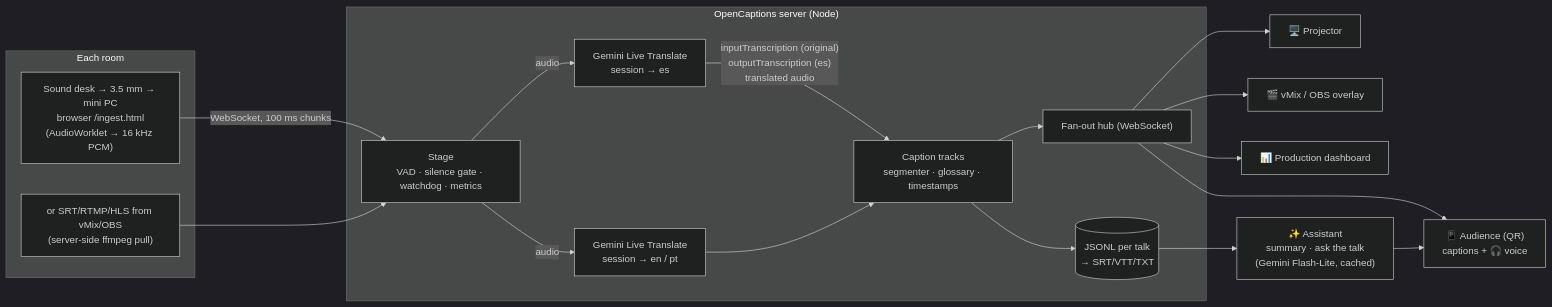
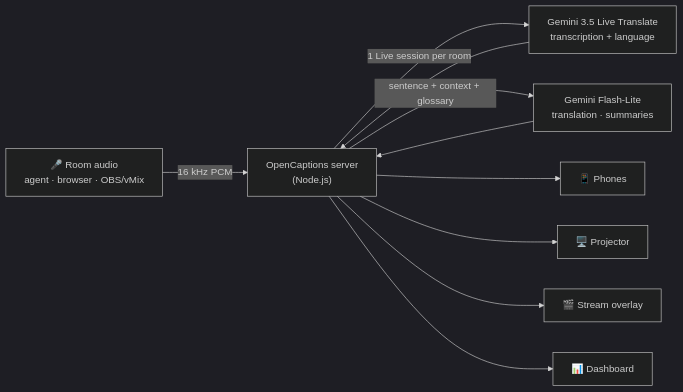
The diagram in README.md (carraroesteban/opencaptions), drawn with Mermaid (dark theme) before and after one commit. The commit also changed other lines of this file and 20 other files, not shown here.

Commit message:
Swapcard agenda, new README, setup wizard, bilingual overlay, app icon, floating captions

````diff
--- a/README.md
+++ b/README.md
@@ -118,24 +151,12 @@
 ```mermaid
 flowchart LR
-  subgraph Stage["Each room"]
-    MIC["Sound desk → 3.5 mm → mini PC<br/>browser /ingest.html<br/>(AudioWorklet → 16 kHz PCM)"]
-    PULL["or SRT/RTMP/HLS from vMix/OBS<br/>(server-side ffmpeg pull)"]
-  end
-  MIC -- "WebSocket, 100 ms chunks" --> ST
-  PULL --> ST
-  subgraph Server["OpenCaptions server (Node)"]
-    ST["Stage<br/>VAD · silence gate · watchdog · metrics"]
-    ST -- "audio" --> G1["Gemini Live Translate<br/>session → es"]
-    ST -- "audio" --> G2["Gemini Live Translate<br/>session → en / pt"]
-    G1 -- "inputTranscription (original)<br/>outputTranscription (es)<br/>translated audio" --> CT["Caption tracks<br/>segmenter · glossary · timestamps"]
-    G2 --> CT
-    CT --> STORE[("JSONL per talk<br/>→ SRT/VTT/TXT")]
-    CT --> HUB["Fan-out hub (WebSocket)"]
-  end
-  HUB --> PHONE["📱 Audience (QR)<br/>captions + 🎧 voice"]
-  HUB --> SCREEN["🖥️ Projector"]
-  HUB --> OVL["🎬 vMix / OBS overlay"]
-  HUB --> ADMIN["📊 Production dashboard"]
-  STORE --> AS["✨ Assistant<br/>summary · ask the talk<br/>(Gemini Flash-Lite, cached)"]
-  AS --> PHONE
+  A["🎤 Room audio<br/>agent · browser · OBS/vMix"] -->|16 kHz PCM| S["OpenCaptions server<br/>(Node.js)"]
+  S -->|"1 Live session per room"| G["Gemini 3.5 Live Translate<br/>transcription + language"]
+  G --> S
+  S -->|"sentence + context + glossary"| F["Gemini Flash-Lite<br/>translation · summaries"]
+  F --> S
+  S --> P["📱 Phones"]
+  S --> R["🖥️ Projector"]
+  S --> O["🎬 Stream overlay"]
+  S --> D["📊 Dashboard"]
 ```
````
